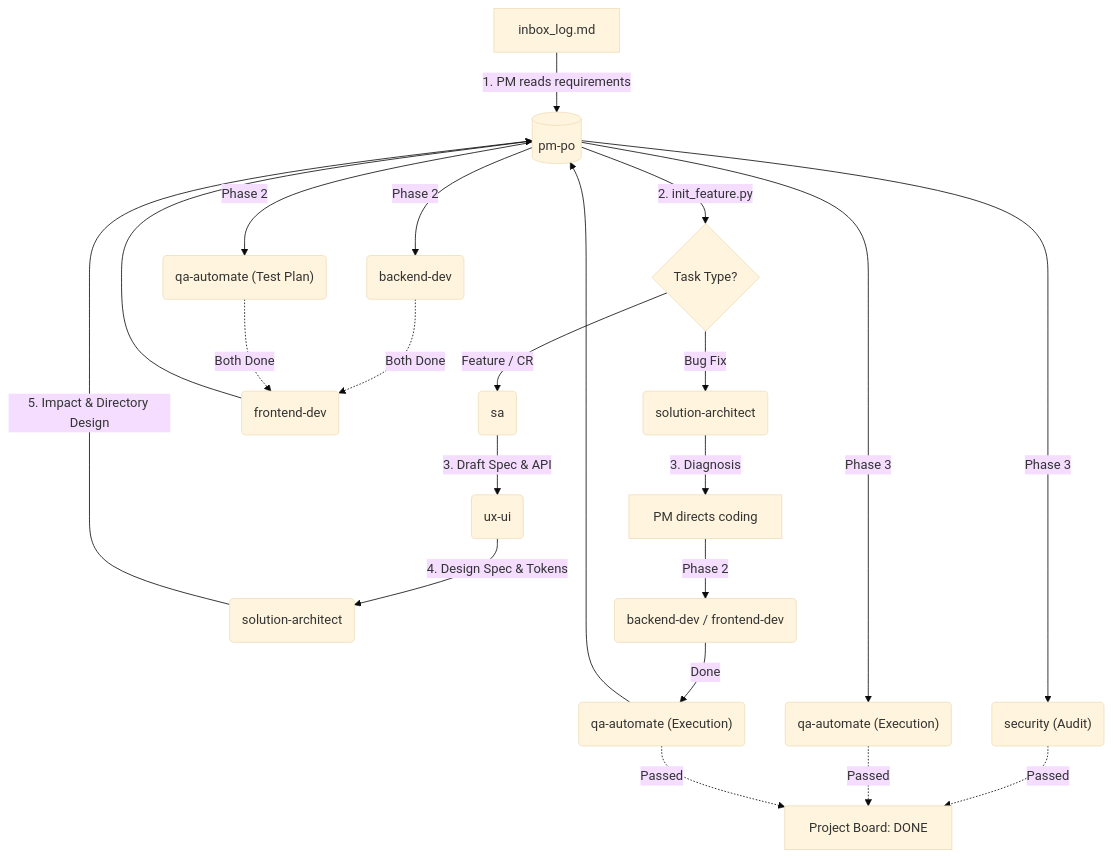
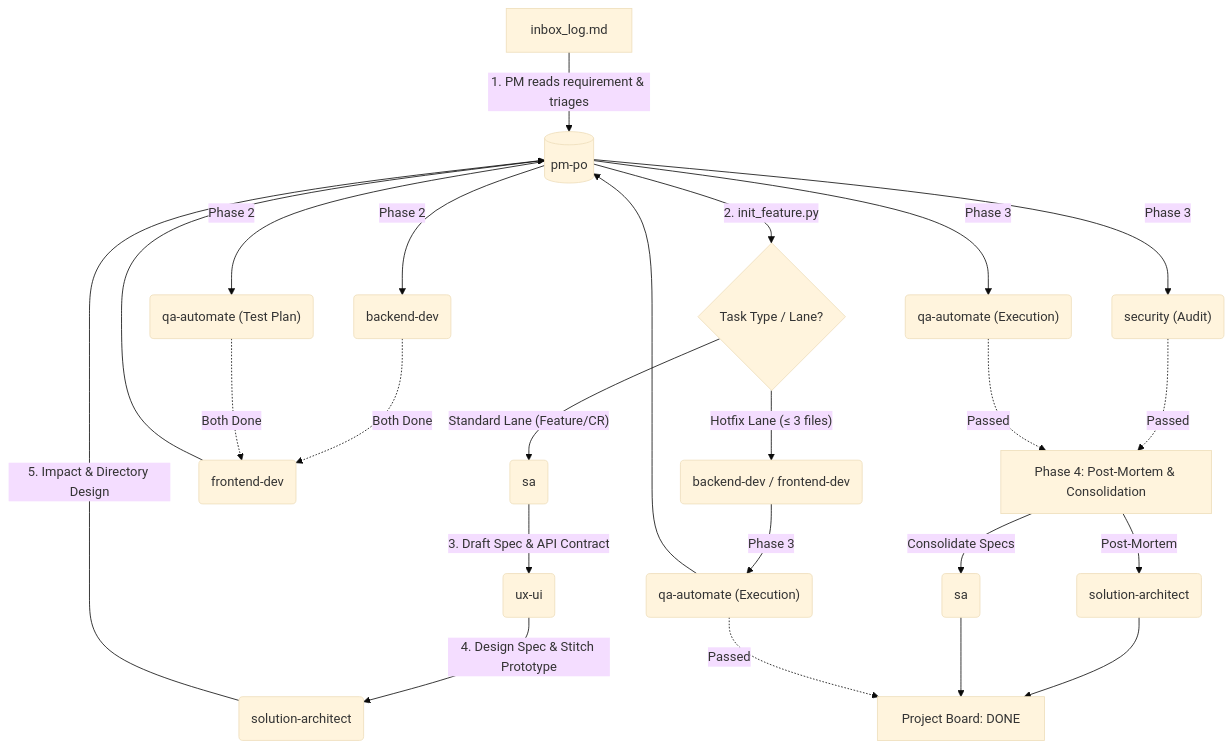
One commit to supat29182/gemini-agent-team-template changed the first of 2 diagrams in README.md. Above: the diagram before and after it, drawn with Mermaid (base theme). The commit also changed other lines of this file and 1 other file, not shown here.

First line of the commit message:
docs: update system architecture diagrams and READMEs for AISDLC hardening

````diff
--- a/README.md
+++ b/README.md
@@ -16,30 +16,31 @@
 ```mermaid
 graph TD
-    INBOX["inbox_log.md"] -->|"1. PM reads requirements"| PM[("pm-po")]
-    PM -->|"2. init_feature.py"| Init{Task Type?}
+    INBOX["inbox_log.md"] -->|"1. PM reads requirement & triages"| PM[("pm-po")]
+    PM -->|"2. init_feature.py"| Init{Task Type / Lane?}
     
-    %% Feature & CR Flow
-    Init -->|"Feature / CR"| SA("sa")
-    SA -->|"3. Draft Spec & API"| UXUI("ux-ui")
-    UXUI -->|"4. Design Spec & Tokens"| ARCH("solution-architect")
+    %% Feature & CR Flow (Standard Lane)
+    Init -->|"Standard Lane (Feature/CR)"| SA("sa")
+    SA -->|"3. Draft Spec & API Contract"| UXUI("ux-ui")
+    UXUI -->|"4. Design Spec & Stitch Prototype"| ARCH("solution-architect")
     ARCH -->|"5. Impact & Directory Design"| PM
     
     PM -->|"Phase 2"| BACK("backend-dev")
     PM -->|"Phase 2"| QA_P("qa-automate (Test Plan)")
     BACK & QA_P -.->|"Both Done"| FRONT("frontend-dev")
     FRONT --> PM
     
     PM -->|"Phase 3"| SEC("security (Audit)")
     PM -->|"Phase 3"| QA_E("qa-automate (Execution)")
     
-    %% Bug Flow
-    Init -->|"Bug Fix"| ARCH_BUG("solution-architect")
-    ARCH_BUG -->|"3. Diagnosis"| PM_BUG[PM directs coding]
-    PM_BUG -->|"Phase 2"| DEV_BUG("backend-dev / frontend-dev")
-    DEV_BUG -->|"Done"| QA_BUG("qa-automate (Execution)")
-    QA_BUG --> PM
+    %% Hotfix Lane
+    Init -->|"Hotfix Lane (≤ 3 files)"| DEV_HOTFIX("backend-dev / frontend-dev")
+    DEV_HOTFIX -->|"Phase 3"| QA_HOTFIX("qa-automate (Execution)")
+    QA_HOTFIX --> PM
     
-    %% Verification & DONE
-    SEC & QA_E -.->|"Passed"| DONE["Project Board: DONE"]
-    QA_BUG -.->|"Passed"| DONE
+    %% Verification & Phase 4
+    SEC & QA_E -.->|"Passed"| P4["Phase 4: Post-Mortem & Consolidation"]
+    P4 -->|"Post-Mortem"| ARCH_P4("solution-architect")
+    P4 -->|"Consolidate Specs"| SA_P4("sa")
+    ARCH_P4 & SA_P4 --> DONE["Project Board: DONE"]
+    QA_HOTFIX -.->|"Passed"| DONE
 ```
````
